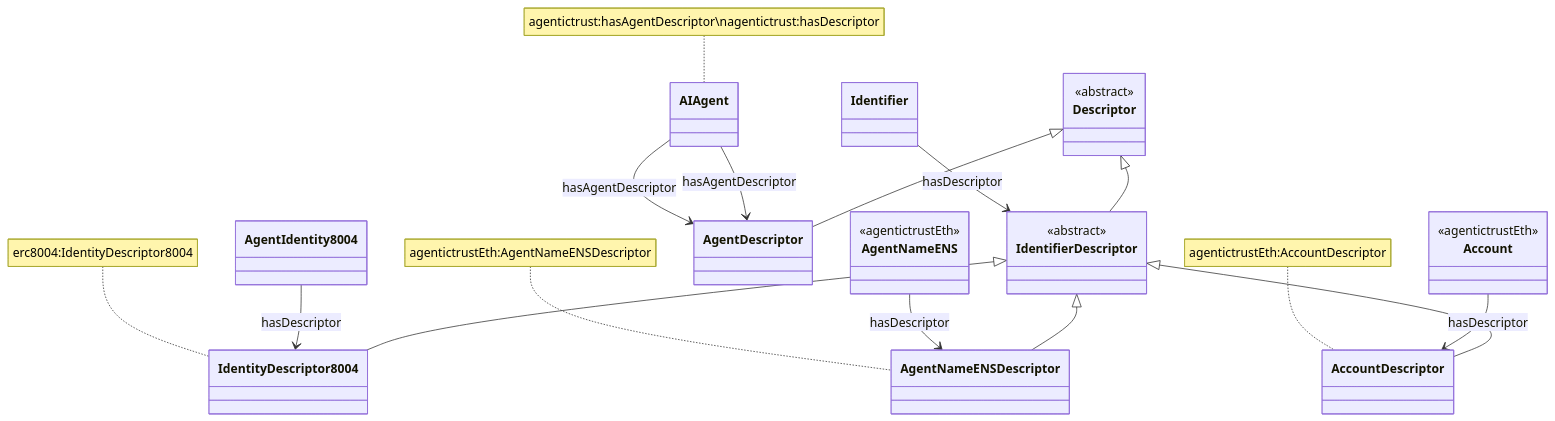
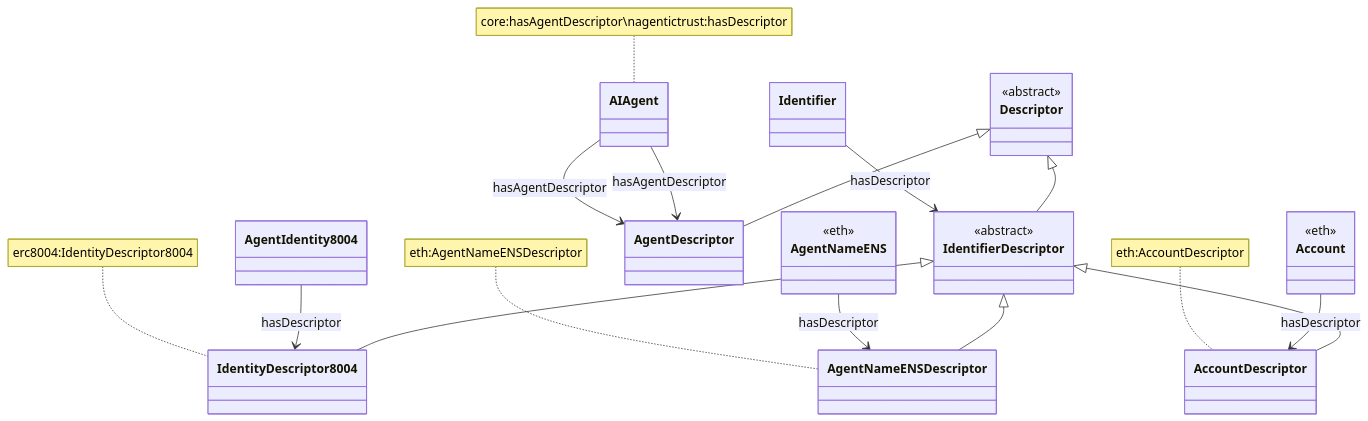
One commit to Agentic-Trust-Layer/agent-explorer changed the sixth of 6 diagrams in docs/ontology/identifiers.md. Above: the diagram before and after it, drawn with Mermaid. The commit also changed other lines of this file and 49 other files, not shown here.

````diff
--- a/docs/ontology/identifiers.md
+++ b/docs/ontology/identifiers.md
@@ -322,47 +322,47 @@
 ```mermaid
 classDiagram
     class AIAgent {
     }
     class Identifier {
     }
     class AgentIdentity8004 {
     }
     class AgentNameENS {
-        <<agentictrustEth>>
+        <<eth>>
     }
     class Account {
-        <<agentictrustEth>>
+        <<eth>>
     }
     class Descriptor {
         <<abstract>>
     }
     class AgentDescriptor {
     }
     class IdentifierDescriptor {
         <<abstract>>
     }
     class IdentityDescriptor8004 {
     }
     class AgentNameENSDescriptor {
     }
     class AccountDescriptor {
     }
     
     AIAgent --> AgentDescriptor : hasAgentDescriptor
     AIAgent --> AgentDescriptor : hasAgentDescriptor
     Identifier --> IdentifierDescriptor : hasDescriptor
     AgentIdentity8004 --> IdentityDescriptor8004 : hasDescriptor
     AgentNameENS --> AgentNameENSDescriptor : hasDescriptor
     Account --> AccountDescriptor : hasDescriptor
     
     note for IdentityDescriptor8004 "erc8004:IdentityDescriptor8004"
-    note for AgentNameENSDescriptor "agentictrustEth:AgentNameENSDescriptor"
-    note for AccountDescriptor "agentictrustEth:AccountDescriptor"
-    note for AIAgent "agentictrust:hasAgentDescriptor\nagentictrust:hasDescriptor"
+    note for AgentNameENSDescriptor "eth:AgentNameENSDescriptor"
+    note for AccountDescriptor "eth:AccountDescriptor"
+    note for AIAgent "core:hasAgentDescriptor\nagentictrust:hasDescriptor"
     
     Descriptor <|-- AgentDescriptor
     Descriptor <|-- IdentifierDescriptor
     IdentifierDescriptor <|-- IdentityDescriptor8004
     IdentifierDescriptor <|-- AgentNameENSDescriptor
     IdentifierDescriptor <|-- AccountDescriptor
 ```
````
